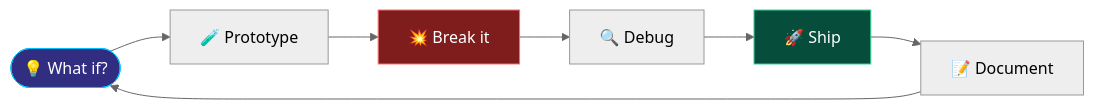
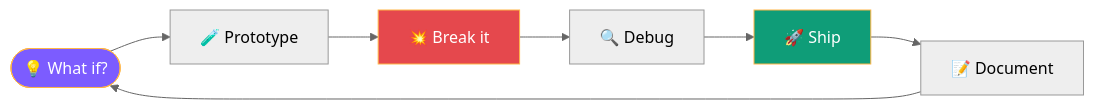
Before and after one commit to Krishyangi-bit/Krishyangi-bit: the diagram in README.md, drawn with Mermaid (neutral theme). The commit also changed other lines of this file, not shown here.

````diff
--- a/README.md
+++ b/README.md
@@ -39,12 +58,12 @@
 ```mermaid
 flowchart LR
   A([💡 What if?]) --> B[🧪 Prototype]
   B --> C[💥 Break it]
   C --> D[🔍 Debug]
   D --> E[🚀 Ship]
   E --> F[📝 Document]
   F --> A
-  style A fill:#312E81,stroke:#00C2FF,color:#fff
-  style C fill:#7f1d1d,stroke:#f87171,color:#fff
-  style E fill:#064e3b,stroke:#34d399,color:#fff
+  style A fill:#7C5CFF,stroke:#FFB547,color:#fff
+  style C fill:#E5484D,stroke:#FFB547,color:#fff
+  style E fill:#0F9D78,stroke:#FFB547,color:#fff
 ```
````
